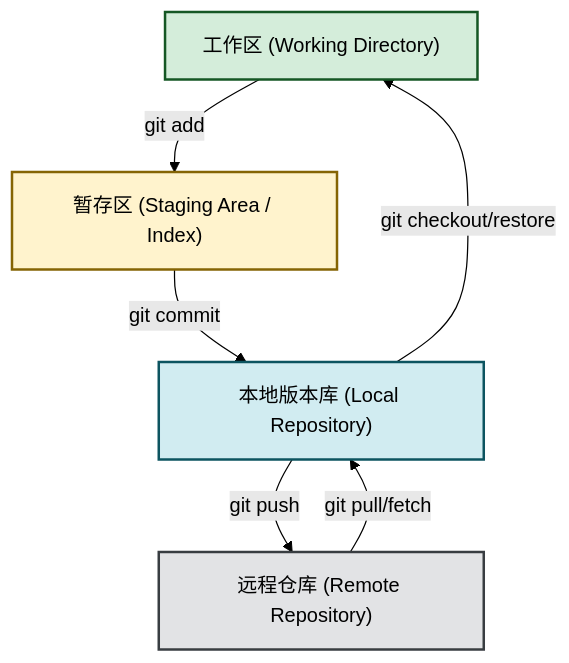
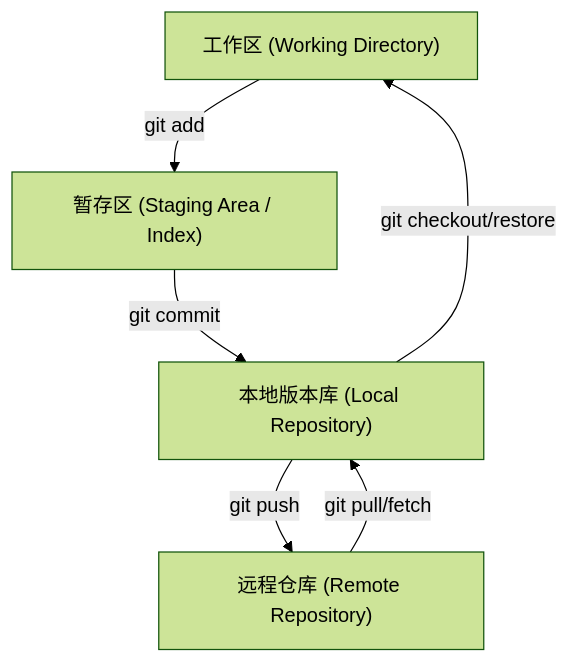
The diagram in source/_posts/2023/2023-11-02_Git命令详解与实践.md (teatang/t-blog), drawn with Mermaid (forest theme) before and after one commit. The commit also changed 24 other files, not shown here.

```diff
--- a/source/_posts/2023/2023-11-02_Git命令详解与实践.md
+++ b/source/_posts/2023/2023-11-02_Git命令详解与实践.md
@@ -52,13 +52,8 @@
 {% mermaid %}
 graph TD
     A["工作区 (Working Directory)"] -- git add --> B["暂存区 (Staging Area / Index)"]
     B -- git commit --> C["本地版本库 (Local Repository)"]
     C -- git push --> D["远程仓库 (Remote Repository)"]
     D -- git pull/fetch --> C
     C -- git checkout/restore --> A
-
-    style A fill:#D4EDDA,stroke:#155724,stroke-width:2px;
-    style B fill:#FFF3CD,stroke:#856404,stroke-width:2px;
-    style C fill:#D1ECF1,stroke:#0C5460,stroke-width:2px;
-    style D fill:#E2E3E5,stroke:#383D41,stroke-width:2px;
 {% endmermaid %}
```
